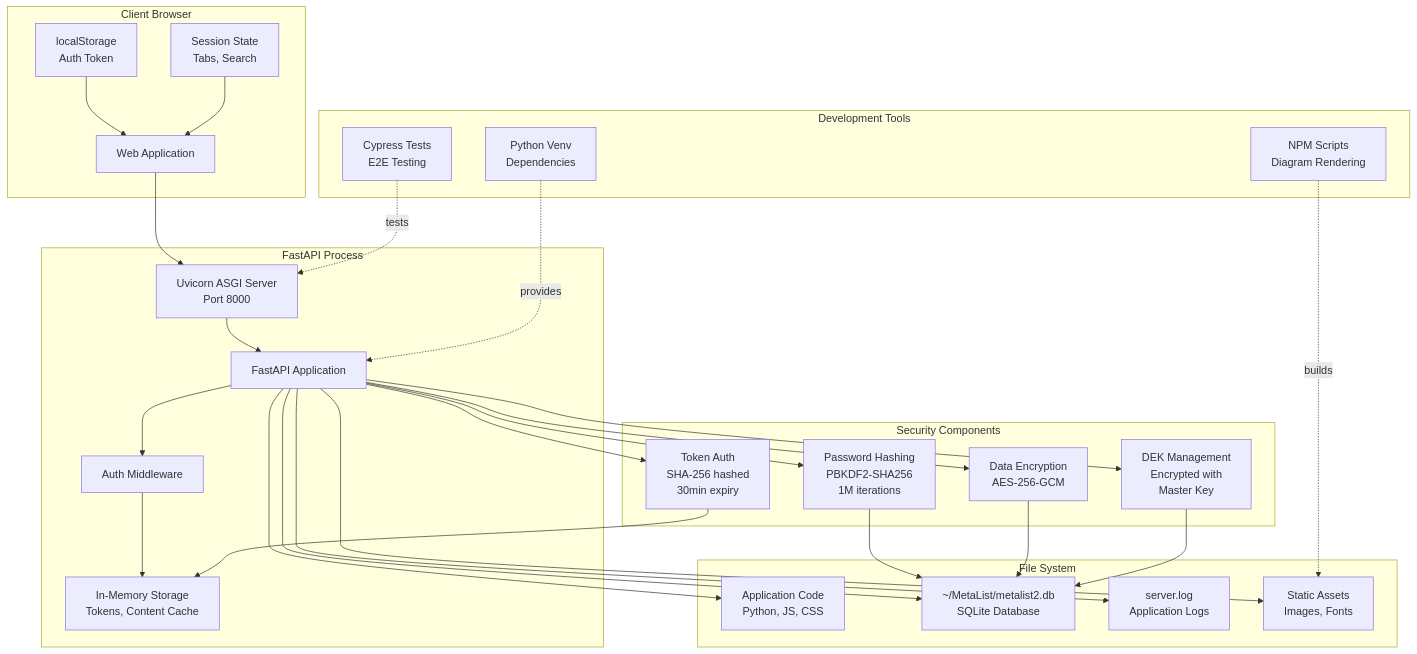
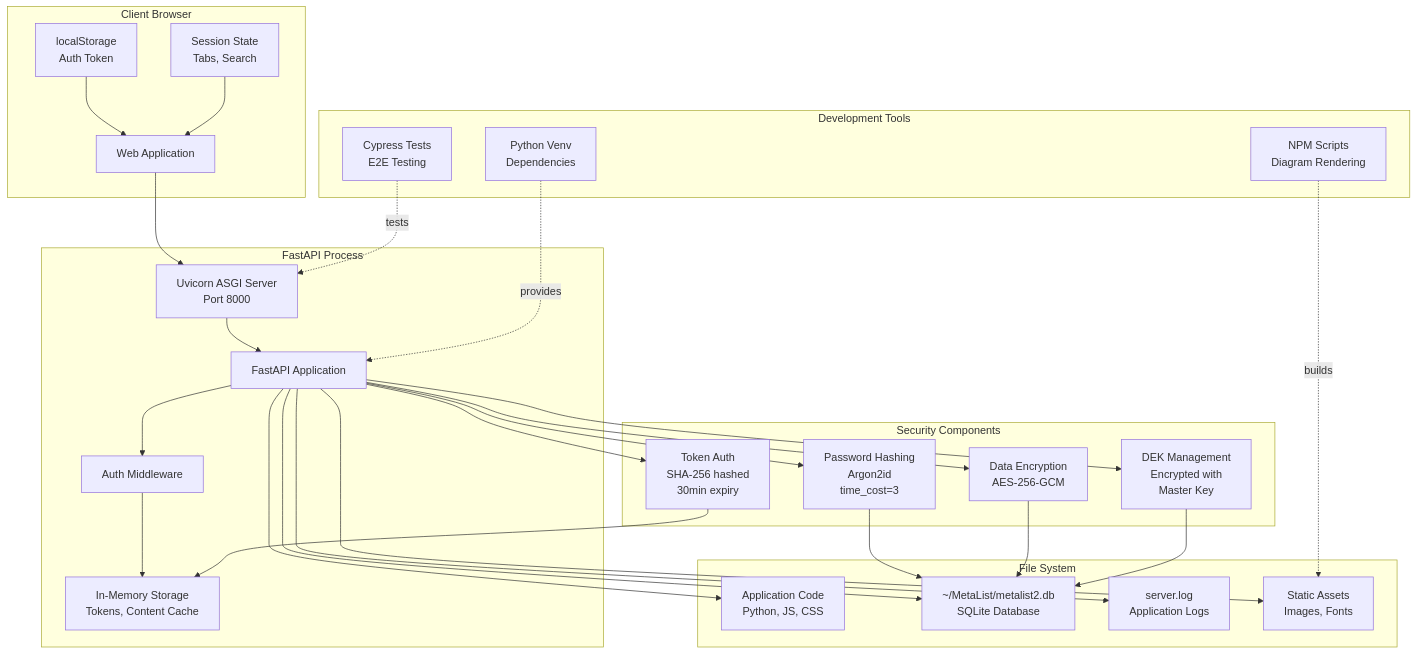
Before and after one commit to evolvingstuff/metalist: the diagram in docs/diagrams/deployment-architecture.md, drawn with Mermaid. The commit also changed 21 other files, not shown here.

````diff
--- a/docs/diagrams/deployment-architecture.md
+++ b/docs/diagrams/deployment-architecture.md
@@ -5,62 +5,62 @@
 ```mermaid
 graph TB
     subgraph "Client Browser"
         WebApp[Web Application]
         LocalStorage[localStorage<br/>Auth Token]
         SessionStorage[Session State<br/>Tabs, Search]
     end
     
     subgraph "FastAPI Process"
         ASGI[Uvicorn ASGI Server<br/>Port 8000]
         App[FastAPI Application]
         Middleware[Auth Middleware]
         InMemory[In-Memory Storage<br/>Tokens, Content Cache]
     end
     
     subgraph "File System"
         AppCode[Application Code<br/>Python, JS, CSS]
         SQLiteFile[~/MetaList/metalist2.db<br/>SQLite Database]
         Logs[server.log<br/>Application Logs]
         StaticAssets[Static Assets<br/>Images, Fonts]
     end
     
     subgraph "Security Components"
-        PassHash[Password Hashing<br/>PBKDF2-SHA256<br/>1M iterations]
+        PassHash[Password Hashing<br/>Argon2id<br/>time_cost=3]
         DataEnc[Data Encryption<br/>AES-256-GCM]
         TokenAuth[Token Auth<br/>SHA-256 hashed<br/>30min expiry]
         DEKMgmt[DEK Management<br/>Encrypted with<br/>Master Key]
     end
     
     subgraph "Development Tools"
         Cypress[Cypress Tests<br/>E2E Testing]
         NPM[NPM Scripts<br/>Diagram Rendering]
         Venv[Python Venv<br/>Dependencies]
     end
     
     WebApp --> ASGI
     LocalStorage --> WebApp
     SessionStorage --> WebApp
     
     ASGI --> App
     App --> Middleware
     Middleware --> InMemory
     
     App --> AppCode
     App --> SQLiteFile
     App --> Logs
     App --> StaticAssets
     
     App --> PassHash
     App --> DataEnc
     App --> TokenAuth
     App --> DEKMgmt
     
     PassHash --> SQLiteFile
     DataEnc --> SQLiteFile
     TokenAuth --> InMemory
     DEKMgmt --> SQLiteFile
     
     Cypress -.->|tests| ASGI
     NPM -.->|builds| StaticAssets
     Venv -.->|provides| App
 ```
````
